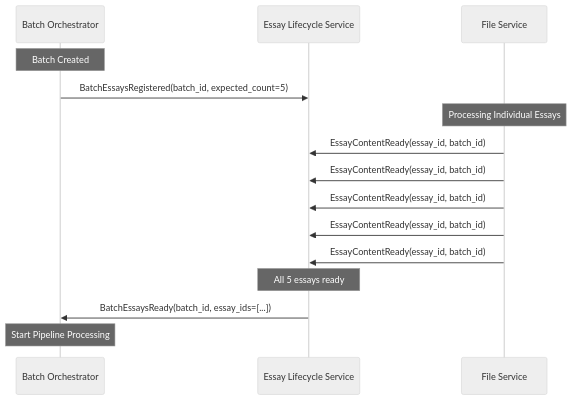
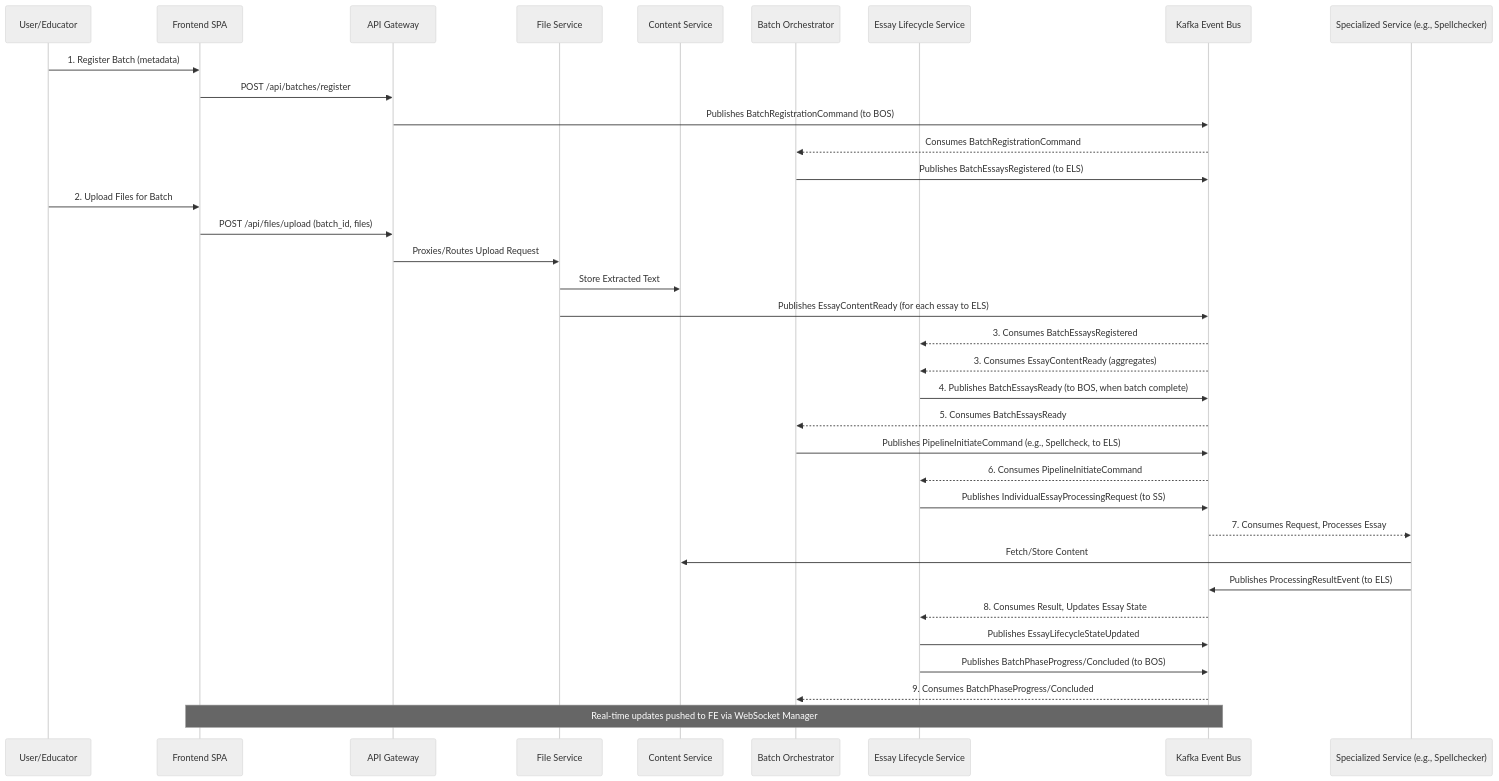
One commit to paunchygent/huleedu changed the diagram in Documentation/PRD:s/PRD.md. Above: the diagram before and after it, drawn with Mermaid (neutral theme). The commit also changed other lines of this file and 27 other files, not shown here.

````diff
--- a/Documentation/PRD:s/PRD.md
+++ b/Documentation/PRD:s/PRD.md
@@ -51,21 +124,46 @@
 ```mermaid
 sequenceDiagram
+    participant User as User/Educator
+    participant FE as Frontend SPA
+    participant APIGW as API Gateway
+    participant FS as File Service
+    participant CS as Content Service
     participant BOS as Batch Orchestrator
-    participant ELS as Essay Lifecycle Service  
-    participant FS as File Service
-    
-    Note over BOS: Batch Created
-    BOS->>ELS: BatchEssaysRegistered(batch_id, expected_count=5)
-    
-    Note over FS: Processing Individual Essays
-    FS->>ELS: EssayContentReady(essay_id, batch_id)
-    FS->>ELS: EssayContentReady(essay_id, batch_id)
-    FS->>ELS: EssayContentReady(essay_id, batch_id)
-    FS->>ELS: EssayContentReady(essay_id, batch_id)
-    FS->>ELS: EssayContentReady(essay_id, batch_id)
-    
-    Note over ELS: All 5 essays ready
-    ELS->>BOS: BatchEssaysReady(batch_id, essay_ids=[...])
-    
-    Note over BOS: Start Pipeline Processing
+    participant ELS as Essay Lifecycle Service
+    participant Kafka as Kafka Event Bus
+    participant SS as Specialized Service (e.g., Spellchecker)
+
+    User->>FE: 1. Register Batch (metadata)
+    FE->>APIGW: POST /api/batches/register
+    APIGW->>Kafka: Publishes BatchRegistrationCommand (to BOS)
+    Kafka-->>BOS: Consumes BatchRegistrationCommand
+    BOS->>Kafka: Publishes BatchEssaysRegistered (to ELS)
+
+    User->>FE: 2. Upload Files for Batch
+    FE->>APIGW: POST /api/files/upload (batch_id, files)
+    APIGW->>FS: Proxies/Routes Upload Request
+    FS->>CS: Store Extracted Text
+    FS->>Kafka: Publishes EssayContentReady (for each essay to ELS)
+
+    Kafka-->>ELS: 3. Consumes BatchEssaysRegistered
+    Kafka-->>ELS: 3. Consumes EssayContentReady (aggregates)
+    ELS->>Kafka: 4. Publishes BatchEssaysReady (to BOS, when batch complete)
+
+    Kafka-->>BOS: 5. Consumes BatchEssaysReady
+    BOS->>Kafka: Publishes PipelineInitiateCommand (e.g., Spellcheck, to ELS)
+
+    Kafka-->>ELS: 6. Consumes PipelineInitiateCommand
+    ELS->>Kafka: Publishes IndividualEssayProcessingRequest (to SS)
+
+    Kafka-->>SS: 7. Consumes Request, Processes Essay
+    SS->>CS: Fetch/Store Content
+    SS->>Kafka: Publishes ProcessingResultEvent (to ELS)
+
+    Kafka-->>ELS: 8. Consumes Result, Updates Essay State
+    ELS->>Kafka: Publishes EssayLifecycleStateUpdated
+    ELS->>Kafka: Publishes BatchPhaseProgress/Concluded (to BOS)
+
+    Kafka-->>BOS: 9. Consumes BatchPhaseProgress/Concluded
+
+    Note over Kafka, FE: Real-time updates pushed to FE via WebSocket Manager
 ```
````
